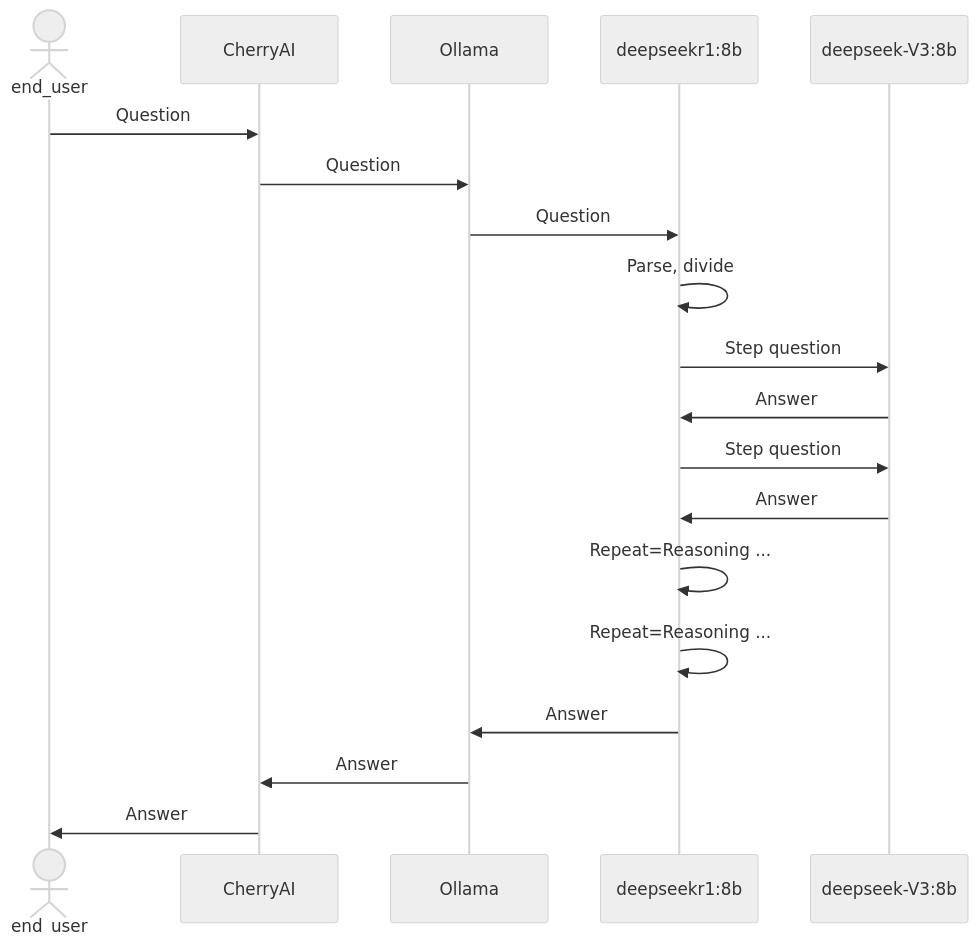
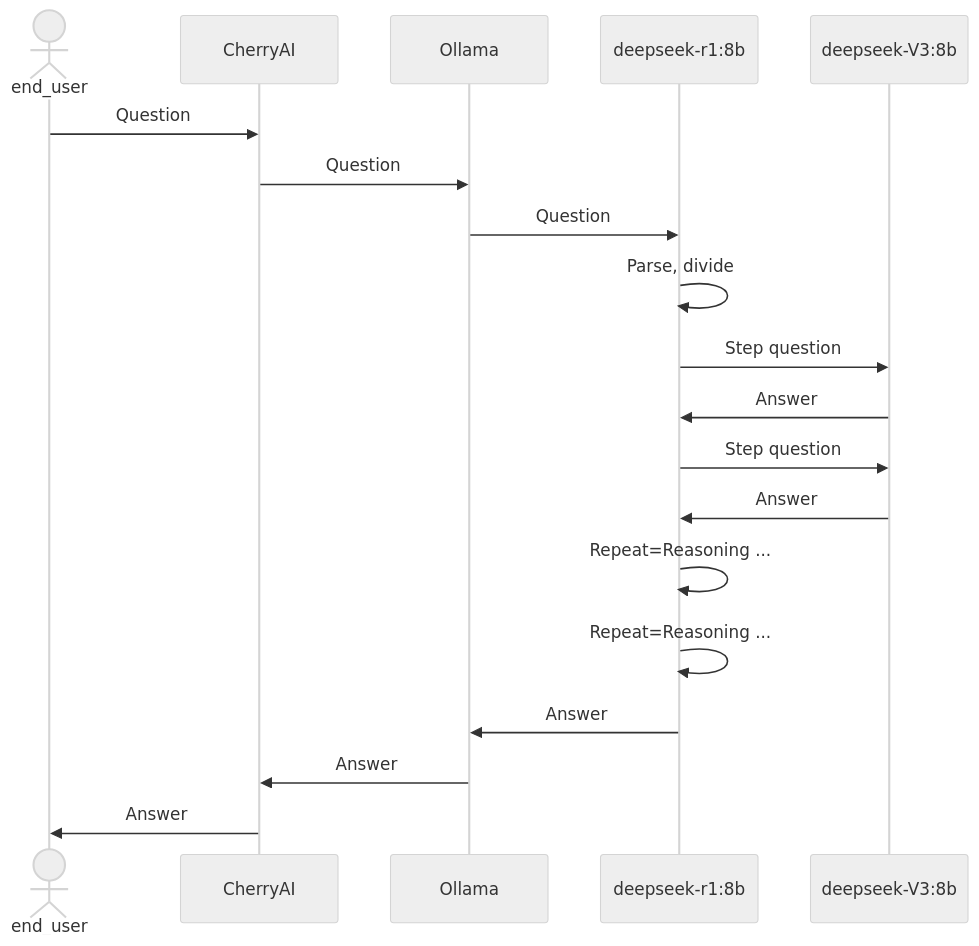
One commit to dj707chen/ChenNotes changed the diagram in Deepseek/runLocally.md. Above: the diagram before and after it, drawn with Mermaid (neutral theme).

Commit message:
Formatted

````diff
--- a/Deepseek/runLocally.md
+++ b/Deepseek/runLocally.md
@@ -12,22 +12,22 @@
 ```mermaid
 sequenceDiagram
   actor USER as end_user
   participant UI as CherryAI
   participant SERVER as Ollama
-  participant R1 as deepseekr1:8b
+  participant R1 as deepseek-r1:8b
   participant LLM as deepseek-V3:8b
 
   USER->>UI: Question
   UI->>SERVER: Question
   SERVER->>R1: Question
   R1->>R1: Parse, divide
   R1->>LLM: Step question
   LLM->>R1: Answer
   R1->>LLM: Step question
   LLM->>R1: Answer
   R1->>R1: Repeat=Reasoning ...
   R1->>R1: Repeat=Reasoning ...
   R1->>SERVER: Answer
   SERVER->>UI: Answer
   UI->>USER: Answer
 ```
````
